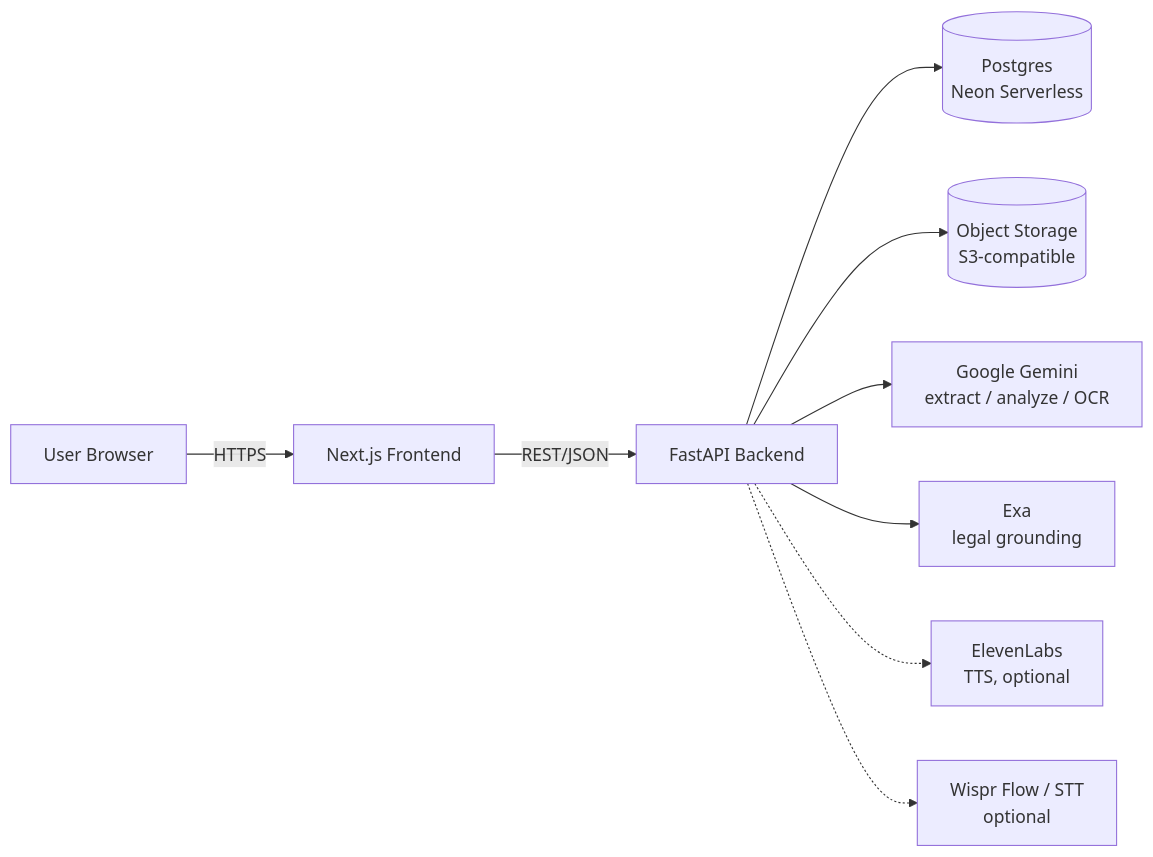
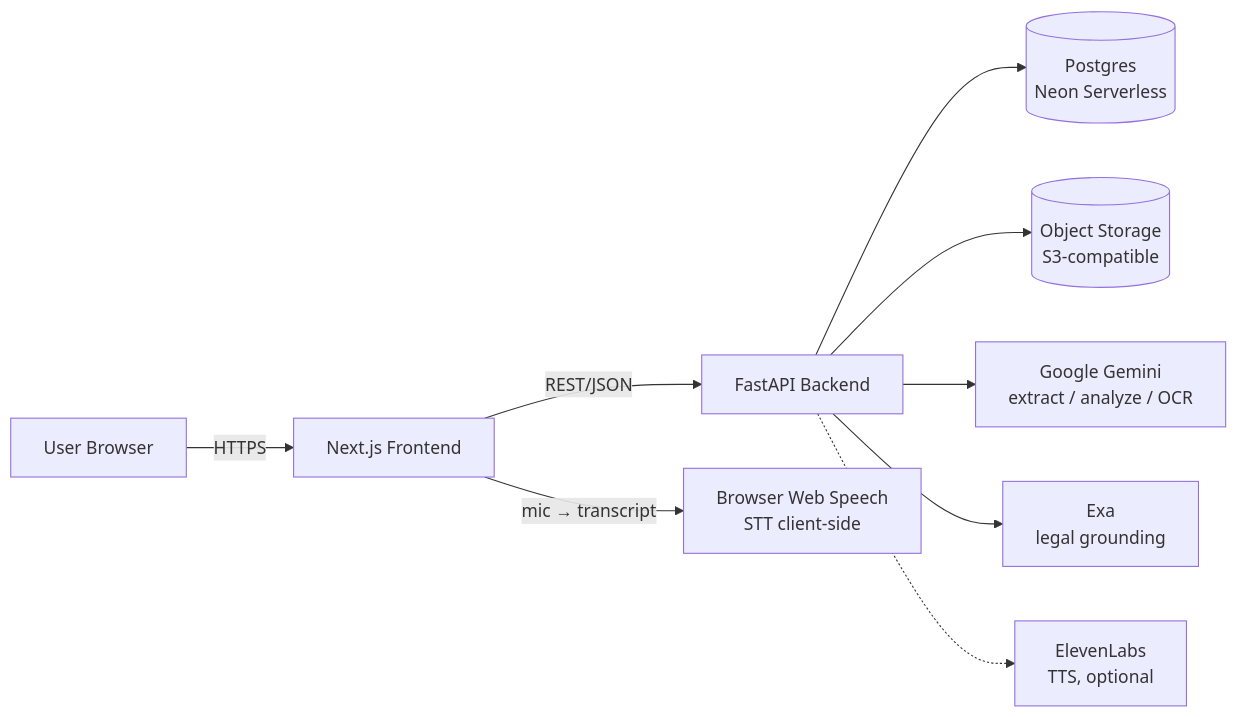
One commit to DhrumilPrajapati03/VectorMinds changed the diagram in lexo/docs/ARCHITECTURE.md. Above: the diagram before and after it, drawn with Mermaid. The commit also changed other lines of this file and 27 other files, not shown here.

````diff
--- a/lexo/docs/ARCHITECTURE.md
+++ b/lexo/docs/ARCHITECTURE.md
@@ -18,21 +18,21 @@
 ```mermaid
 flowchart LR
     User[User Browser]
     FE[Next.js Frontend]
     BE[FastAPI Backend]
     DB[(Postgres<br/>Neon Serverless)]
     Blob[(Object Storage<br/>S3-compatible)]
     Gemini[Google Gemini<br/>extract / analyze / OCR]
     Exa[Exa<br/>legal grounding]
     Eleven[ElevenLabs<br/>TTS, optional]
-    Wispr[Wispr Flow / STT<br/>optional]
+    WebSpeech[Browser Web Speech<br/>STT client-side]
 
     User -->|HTTPS| FE
     FE -->|REST/JSON| BE
+    FE -->|mic → transcript| WebSpeech
     BE --> DB
     BE --> Blob
     BE --> Gemini
     BE --> Exa
     BE -.-> Eleven
-    BE -.-> Wispr
 ```
````
